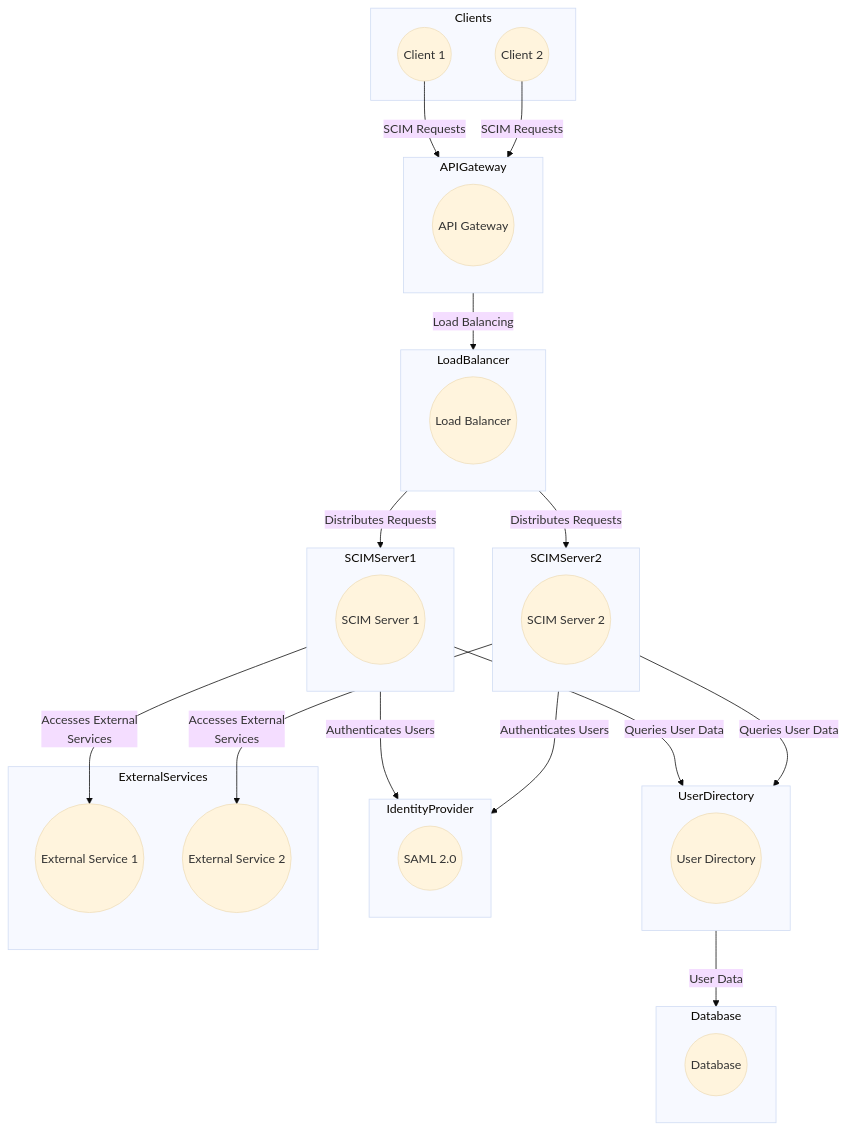
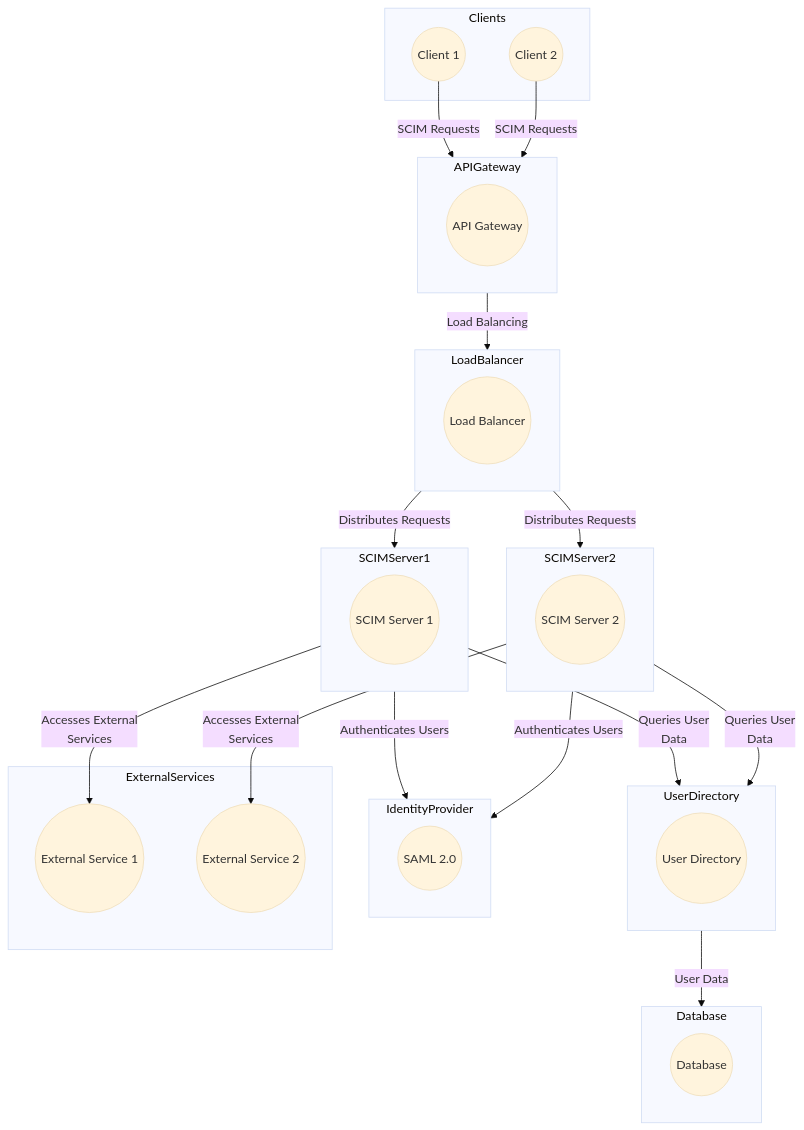
One commit to ovaisq/systemarch changed the diagram in diagrams/complex_scim.md. Above: the diagram before and after it, drawn with Mermaid (base theme).

````diff
--- a/diagrams/complex_scim.md
+++ b/diagrams/complex_scim.md
@@ -3,48 +3,50 @@
 ```mermaid
 flowchart TD
   subgraph Clients
     Client1((Client 1))
     Client2((Client 2))
   end
   subgraph APIGateway
     KongHQ((API Gateway))
   end
   subgraph LoadBalancer
     LB((Load Balancer))
   end
   subgraph SCIMServer1
     SCIMSrvr1((SCIM Server 1))
   end
   subgraph SCIMServer2
     SCIMSrvr2((SCIM Server 2))
   end
   subgraph UserDirectory
     UserDir((User Directory))
   end
   subgraph IdentityProvider
     IdProvider((SAML 2.0))
   end
   subgraph ExternalServices
     ExternalService1((External Service 1))
     ExternalService2((External Service 2))
   end
   subgraph Database
     DB((Database))
   end
 
   Client1 -->|SCIM Requests| APIGateway
   Client2 -->|SCIM Requests| APIGateway
   APIGateway -->|Load Balancing| LoadBalancer
   LoadBalancer -->|Distributes Requests| SCIMServer1
   LoadBalancer -->|Distributes Requests| SCIMServer2
-  SCIMServer1 -->|Queries User Data| UserDirectory
+  SCIMServer1 -->|"Queries User
+Data"| UserDirectory
   SCIMServer1 -->|Authenticates Users| IdentityProvider
   SCIMServer1 -->|"Accesses External
 Services"| ExternalService1
-  SCIMServer2 -->|Queries User Data| UserDirectory
+  SCIMServer2 -->|"Queries User
+Data"| UserDirectory
   SCIMServer2 -->|Authenticates Users| IdentityProvider
   SCIMServer2 -->|"Accesses External
 Services"| ExternalService2
   UserDirectory -->|User Data| Database
 
 ```
````
